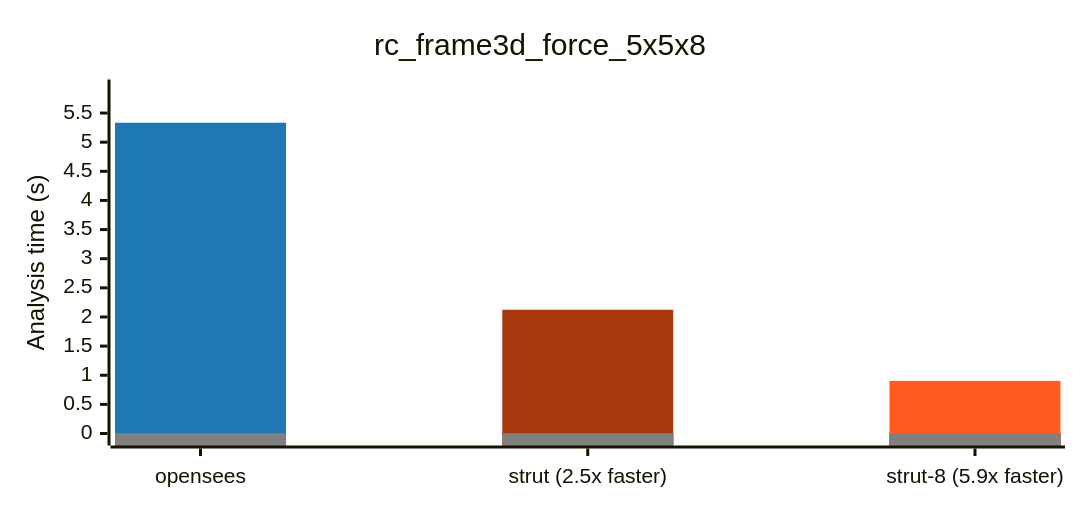
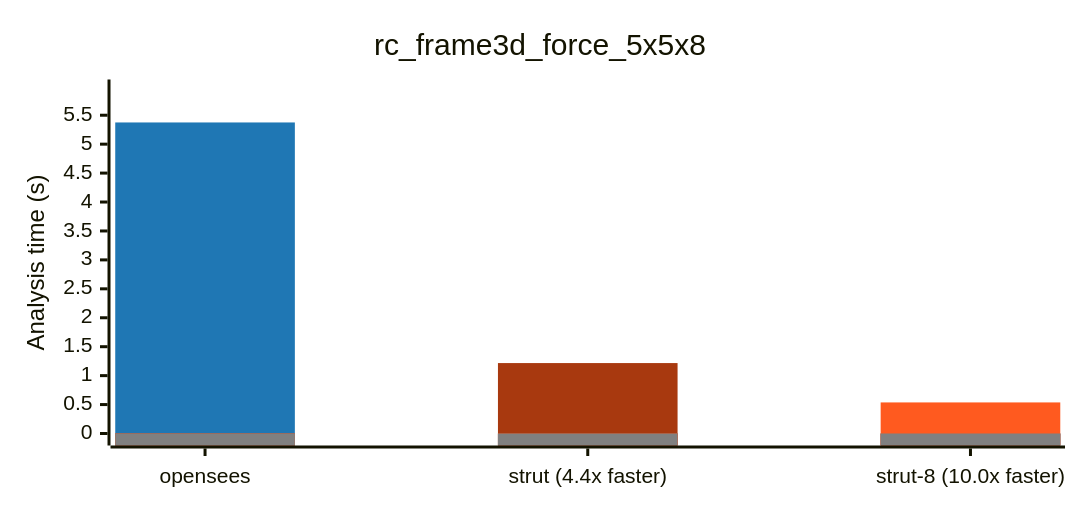
One commit to NathanaelRea/Strut changed the second of 11 diagrams in docs/benchmark-opensees-examples.md. Above: the diagram before and after it, drawn with Mermaid. The commit also changed other lines of this file and 57 other files, not shown here.

````diff
--- a/docs/benchmark-opensees-examples.md
+++ b/docs/benchmark-opensees-examples.md
@@ -46,18 +50,18 @@
 ```mermaid
 ---
 config:
   xyChart:
     height: 320
   themeVariables:
     xyChart:
       plotColorPalette: '#1f77b4, #a8390f, #FF5A1F, #808080'
 ---
 xychart-beta
     title "rc_frame3d_force_5x5x8"
-    x-axis ["opensees", "strut (2.5x faster)", "strut-8 (5.9x faster)"]
-    y-axis "Analysis time (s)" 0 --> 5.87
-    bar [5.334, 0, 0]
-    bar [0, 2.124, 0]
-    bar [0, 0, 0.903]
+    x-axis ["opensees", "strut (4.4x faster)", "strut-8 (10.0x faster)"]
+    y-axis "Analysis time (s)" 0 --> 5.91
+    bar [5.375, 0, 0]
+    bar [0, 1.217, 0]
+    bar [0, 0, 0.537]
     bar [0, 0, 0]
 ```
````
